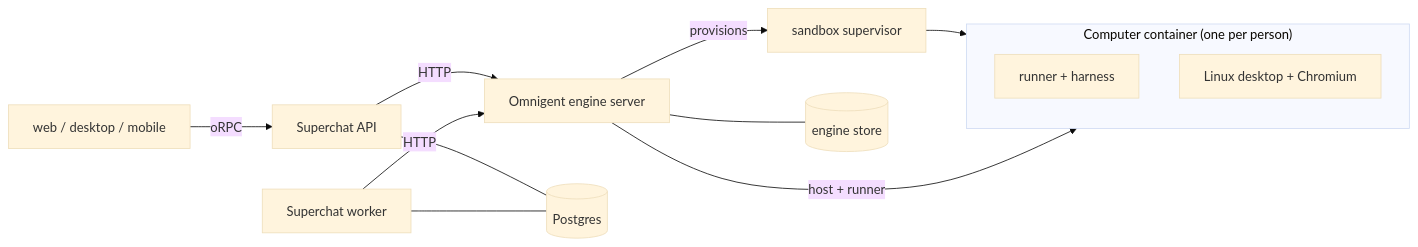
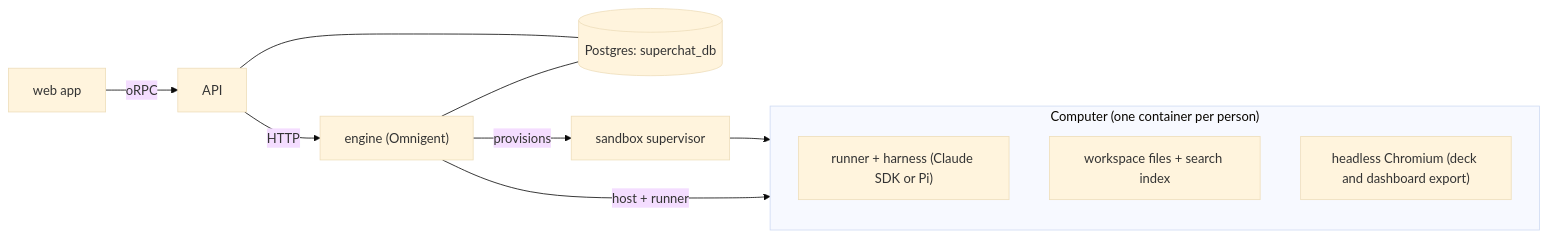
One commit to routifai/bot-grok changed the diagram in README.md. Above: the diagram before and after it, drawn with Mermaid (base theme). The commit also changed other lines of this file and 105 other files, not shown here.

Commit message:
superchat: sign-in is the way in, architecture README, no marketing site

````diff
--- a/README.md
+++ b/README.md
@@ -50,16 +5,15 @@
 ```mermaid
 flowchart LR
-  apps["web / desktop / mobile"] -- oRPC --> api["Superchat API"]
-  api -- HTTP --> engine["Omnigent engine server"]
-  engine -- "provisions" --> sup["sandbox supervisor"]
+  web["web app"] -- oRPC --> api["API"]
+  api -- HTTP --> engine["engine (Omnigent)"]
+  api --- db[("Postgres: superchat_db")]
+  engine --- db
+  engine -- provisions --> sup["sandbox supervisor"]
   sup --> box
   engine -- "host + runner" --> box
-  subgraph box["Computer container (one per person)"]
-    runner["runner + harness"]
-    desk["Linux desktop + Chromium"]
+  subgraph box["Computer (one container per person)"]
+    runner["runner + harness (Claude SDK or Pi)"]
+    files["workspace files + search index"]
+    chromium["headless Chromium (deck and dashboard export)"]
   end
-  api --- pg[(Postgres)]
-  engine --- pg2[(engine store)]
-  worker["Superchat worker"] --- pg
-  worker -- HTTP --> engine
 ```
````
